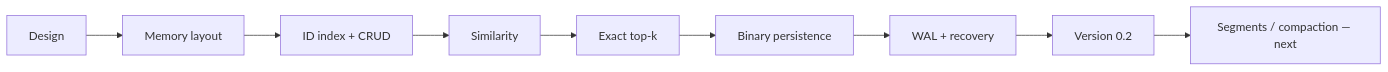
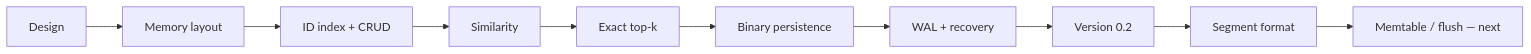
Before and after one commit to Kumario1/vectorDB: the first of 6 diagrams in README.md, drawn with Mermaid. The commit also changed other lines of this file and 2 other files, not shown here.

First line of the commit message:
bench: compare full .vdb checkpoint vs segment flush I/O

````diff
--- a/README.md
+++ b/README.md
@@ -11,11 +11,12 @@
 ```mermaid
 flowchart LR
   D[Design] --> L[Memory layout]
   L --> I[ID index + CRUD]
   I --> S[Similarity]
   S --> K[Exact top-k]
   K --> P[Binary persistence]
   P --> W[WAL + recovery]
   W --> V02[Version 0.2]
-  V02 --> Seg[Segments / compaction — next]
+  V02 --> SegFmt[Segment format]
+  SegFmt --> Mem[Memtable / flush — next]
 ```
````
